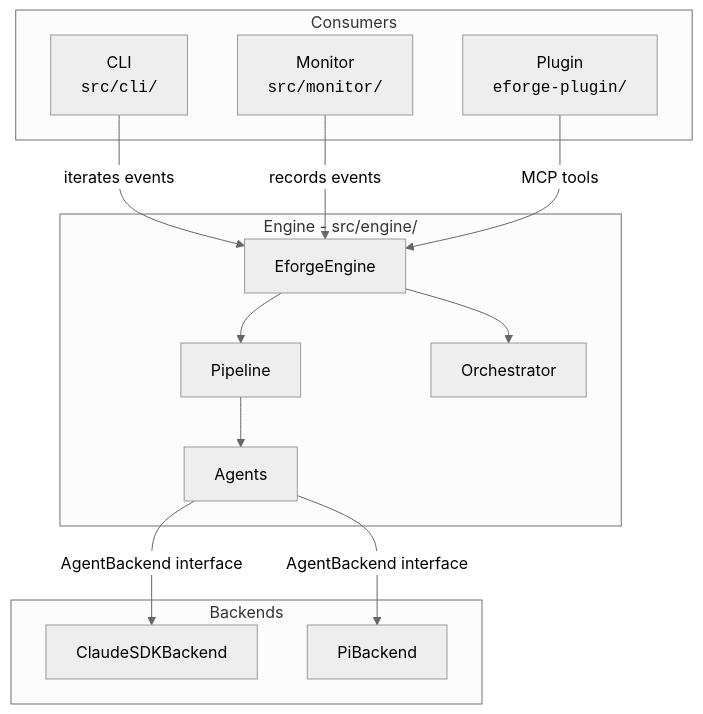
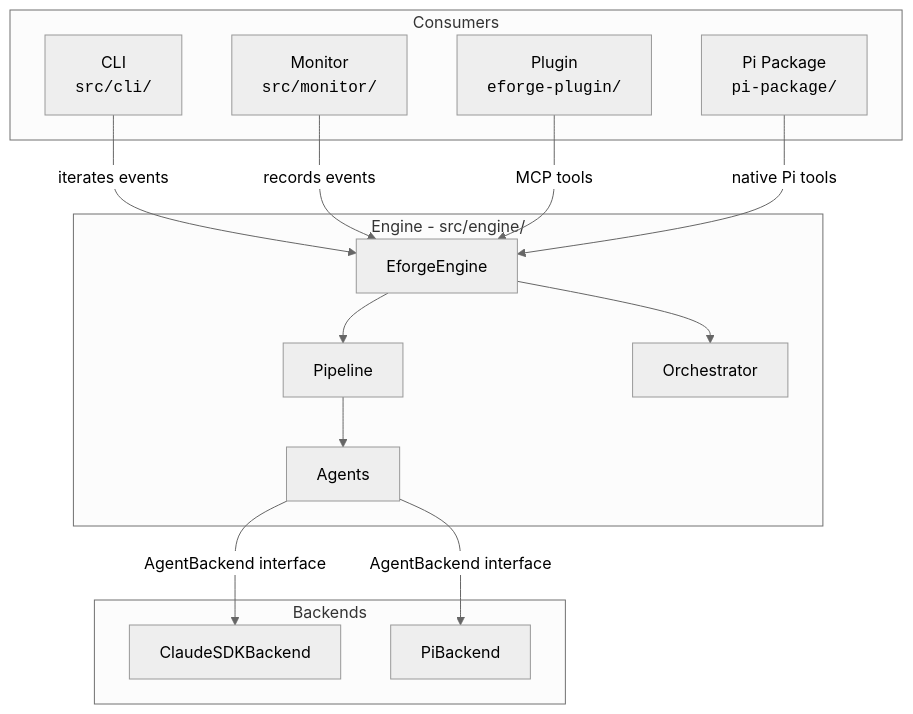
One commit to eforge-build/eforge changed the first of 3 diagrams in docs/architecture.md. Above: the diagram before and after it, drawn with Mermaid (neutral theme). The commit also changed other lines of this file, not shown here.

Commit message:
feat(plan-01-add-pi-package-consumer): Add Pi Package as Architecture Consumer

````diff
--- a/docs/architecture.md
+++ b/docs/architecture.md
@@ -7,29 +7,31 @@
 ```mermaid
 graph TD
     subgraph Consumers
         CLI["CLI<br/><code>src/cli/</code>"]
         Monitor["Monitor<br/><code>src/monitor/</code>"]
         Plugin["Plugin<br/><code>eforge-plugin/</code>"]
+        PiPkg["Pi Package<br/><code>pi-package/</code>"]
     end
 
     subgraph Engine ["Engine - src/engine/"]
         EforgeEngine["EforgeEngine"]
         Pipeline["Pipeline"]
         Orchestrator["Orchestrator"]
         Agents["Agents"]
     end
 
     subgraph Backends
         Claude["ClaudeSDKBackend"]
         Pi["PiBackend"]
     end
 
     CLI -->|"iterates events"| EforgeEngine
     Monitor -->|"records events"| EforgeEngine
     Plugin -->|"MCP tools"| EforgeEngine
+    PiPkg -->|"native Pi tools"| EforgeEngine
     EforgeEngine --> Pipeline
     EforgeEngine --> Orchestrator
     Pipeline --> Agents
     Agents -->|"AgentBackend interface"| Claude
     Agents -->|"AgentBackend interface"| Pi
 ```
````
